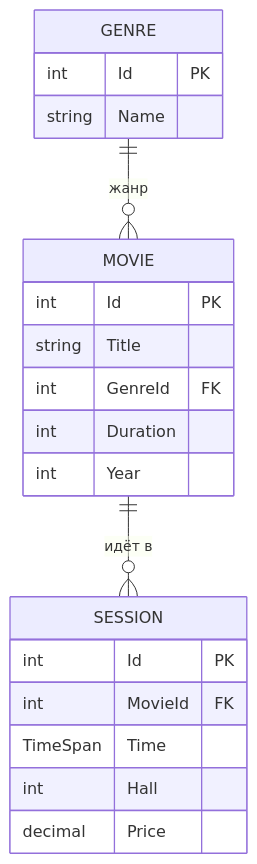
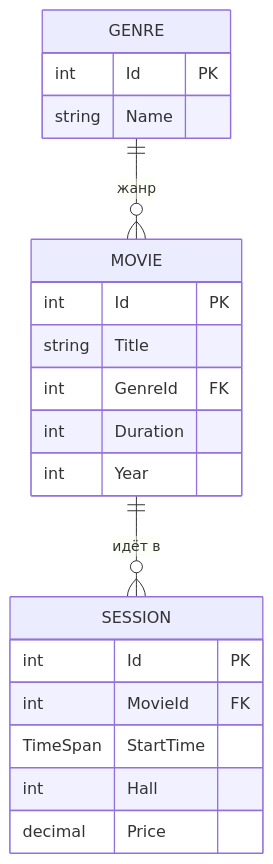
The third of 30 diagrams in 1_semester/Tasks/1_Class.md (Yana-Kryukova/Program_technology), drawn with Mermaid before and after one commit. The commit also changed other lines of this file, not shown here.

Commit message:
Update 1_Class.md
Исправлена диаграмма 2 варианта

````diff
--- a/1_semester/Tasks/1_Class.md
+++ b/1_semester/Tasks/1_Class.md
@@ -323,24 +323,24 @@
 ```mermaid
 erDiagram
     GENRE ||--o{ MOVIE   : "жанр"
     MOVIE ||--o{ SESSION : "идёт в"
 
     GENRE {
         int    Id   PK
         string Name
     }
     MOVIE {
         int    Id       PK
         string Title
         int    GenreId  FK
         int    Duration
         int    Year
     }
     SESSION {
-        int      Id      PK
-        int      MovieId FK
-        TimeSpan Time
+        int      Id        PK
+        int      MovieId   FK
+        TimeSpan StartTime
         int      Hall
         decimal  Price
     }
 ```
````
